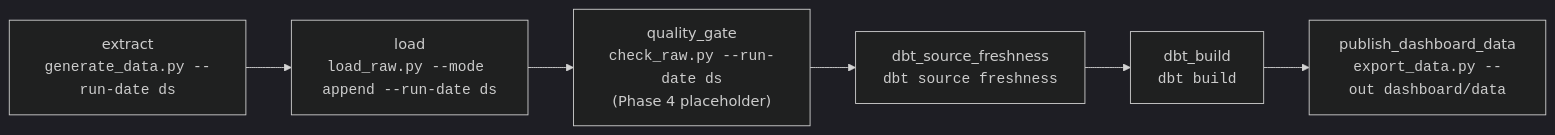
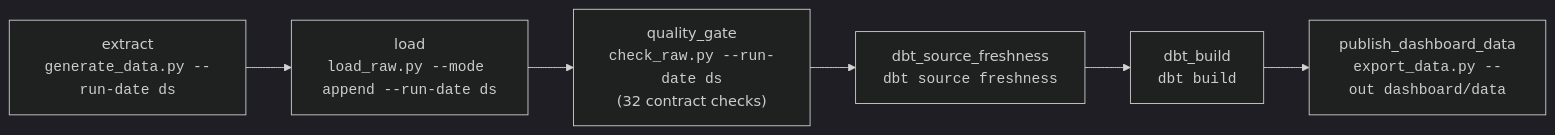
The diagram in orchestration/README.md (mahamed7/retail-data-warehouse), drawn with Mermaid (dark theme) before and after one commit. The commit also changed other lines of this file and 3 other files, not shown here.

Commit message:
Docs: Phase 4 quality gate; roadmap complete

````diff
--- a/orchestration/README.md
+++ b/orchestration/README.md
@@ -17,10 +17,10 @@
 ```mermaid
 flowchart LR
     extract["extract<br/><code>generate_data.py --run-date ds</code>"]
     load["load<br/><code>load_raw.py --mode append --run-date ds</code>"]
-    gate["quality_gate<br/><code>check_raw.py --run-date ds</code><br/>(Phase 4 placeholder)"]
+    gate["quality_gate<br/><code>check_raw.py --run-date ds</code><br/>(32 contract checks)"]
     fresh["dbt_source_freshness<br/><code>dbt source freshness</code>"]
     build["dbt_build<br/><code>dbt build</code>"]
     publish["publish_dashboard_data<br/><code>export_data.py --out dashboard/data</code>"]
     extract --> load --> gate --> fresh --> build --> publish
 ```
````
